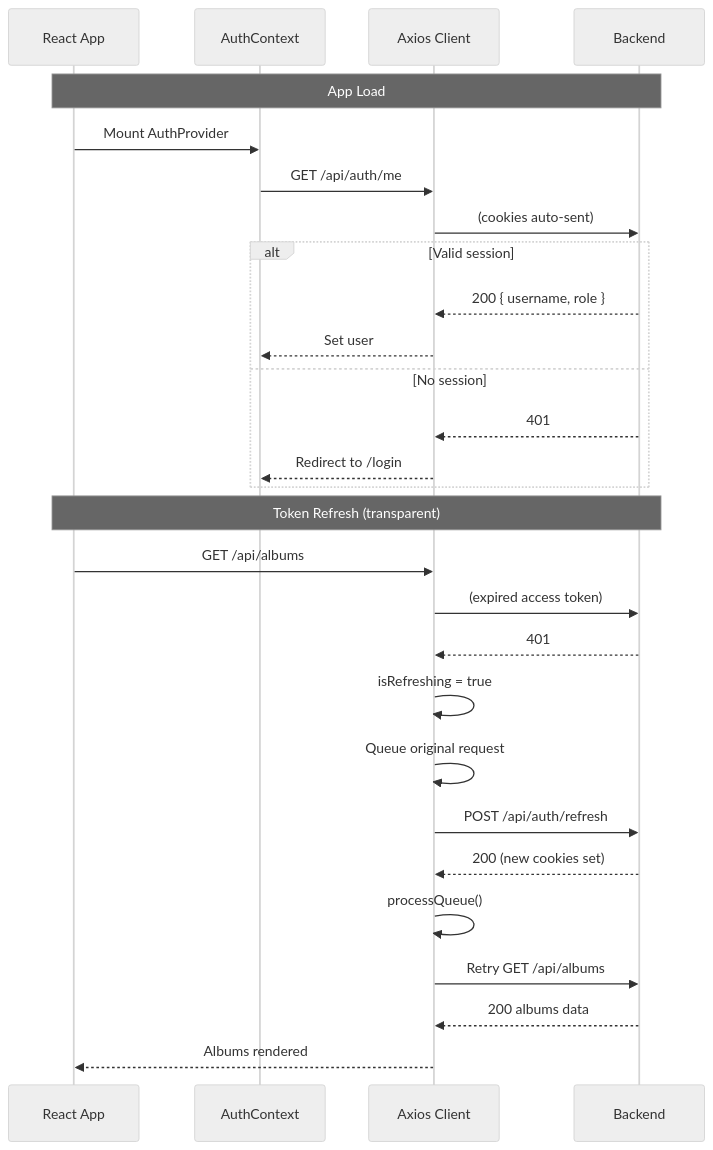
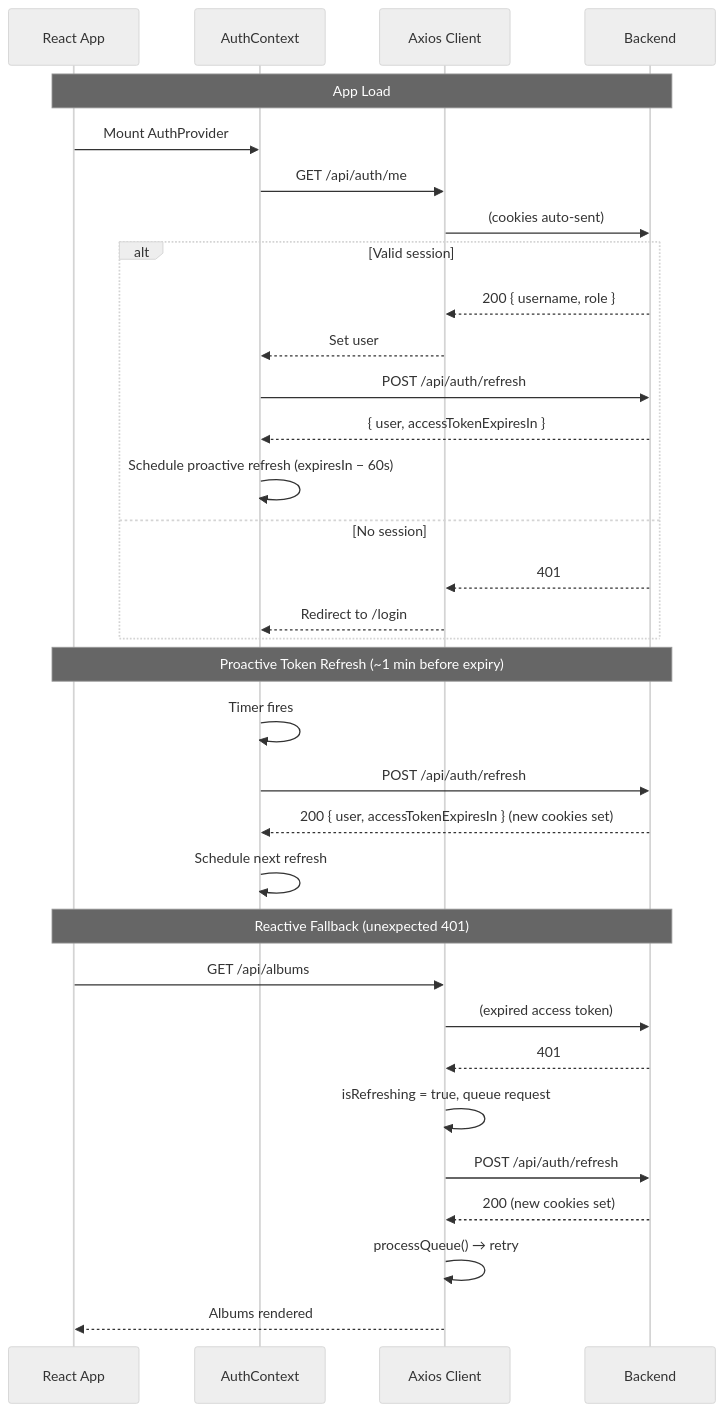
Before and after one commit to Cortadai/musicode: the fourth of 4 diagrams in musicode-ui/README.md, drawn with Mermaid (neutral theme). The commit also changed other lines of this file and 19 other files, not shown here.

First line of the commit message:
fix: three bugs — library rescan, cover art cleanup, proactive JWT refresh

````diff
--- a/musicode-ui/README.md
+++ b/musicode-ui/README.md
@@ -139,32 +139,38 @@
 ```mermaid
 sequenceDiagram
     participant App as React App
     participant Ctx as AuthContext
     participant Ax as Axios Client
     participant API as Backend
 
     Note over App,API: App Load
     App->>Ctx: Mount AuthProvider
     Ctx->>Ax: GET /api/auth/me
     Ax->>API: (cookies auto-sent)
     alt Valid session
         API-->>Ax: 200 { username, role }
         Ax-->>Ctx: Set user
+        Ctx->>API: POST /api/auth/refresh
+        API-->>Ctx: { user, accessTokenExpiresIn }
+        Ctx->>Ctx: Schedule proactive refresh (expiresIn − 60s)
     else No session
         API-->>Ax: 401
         Ax-->>Ctx: Redirect to /login
     end
 
-    Note over App,API: Token Refresh (transparent)
+    Note over App,API: Proactive Token Refresh (~1 min before expiry)
+    Ctx->>Ctx: Timer fires
+    Ctx->>API: POST /api/auth/refresh
+    API-->>Ctx: 200 { user, accessTokenExpiresIn } (new cookies set)
+    Ctx->>Ctx: Schedule next refresh
+
+    Note over App,API: Reactive Fallback (unexpected 401)
     App->>Ax: GET /api/albums
     Ax->>API: (expired access token)
     API-->>Ax: 401
-    Ax->>Ax: isRefreshing = true
-    Ax->>Ax: Queue original request
+    Ax->>Ax: isRefreshing = true, queue request
     Ax->>API: POST /api/auth/refresh
     API-->>Ax: 200 (new cookies set)
-    Ax->>Ax: processQueue()
-    Ax->>API: Retry GET /api/albums
-    API-->>Ax: 200 albums data
+    Ax->>Ax: processQueue() → retry
     Ax-->>App: Albums rendered
 ```
````
